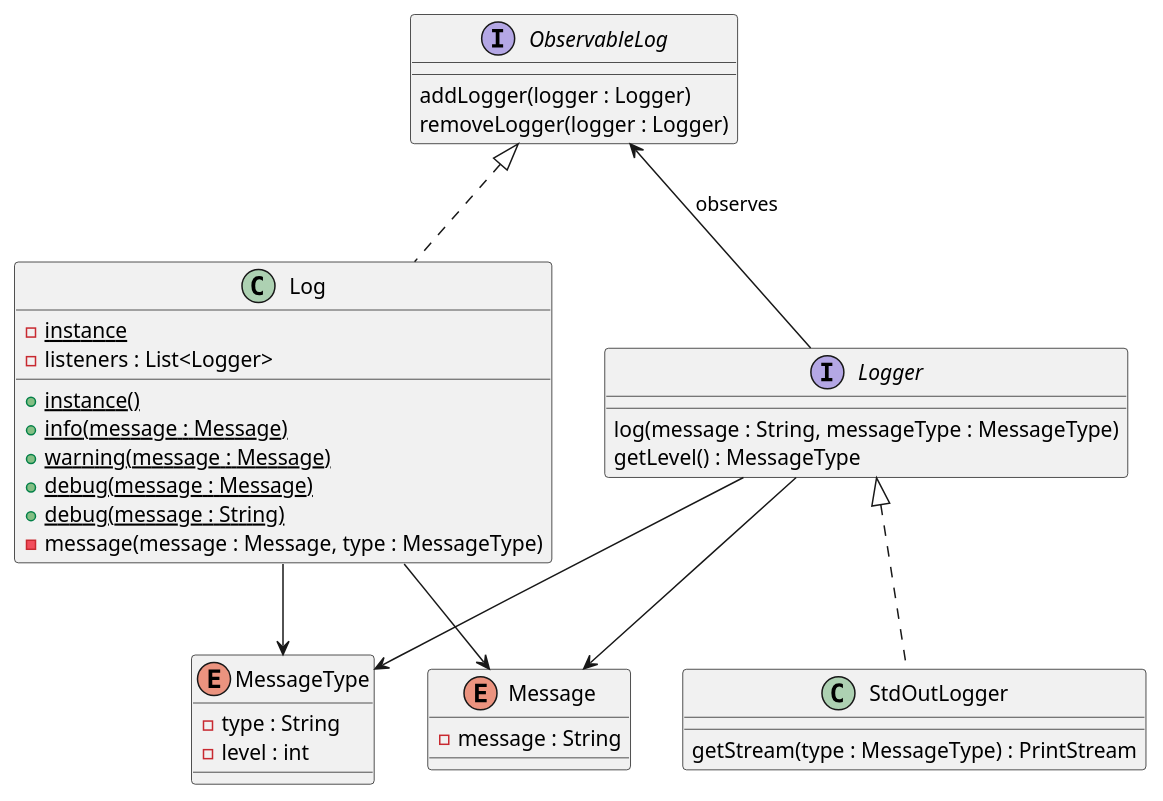
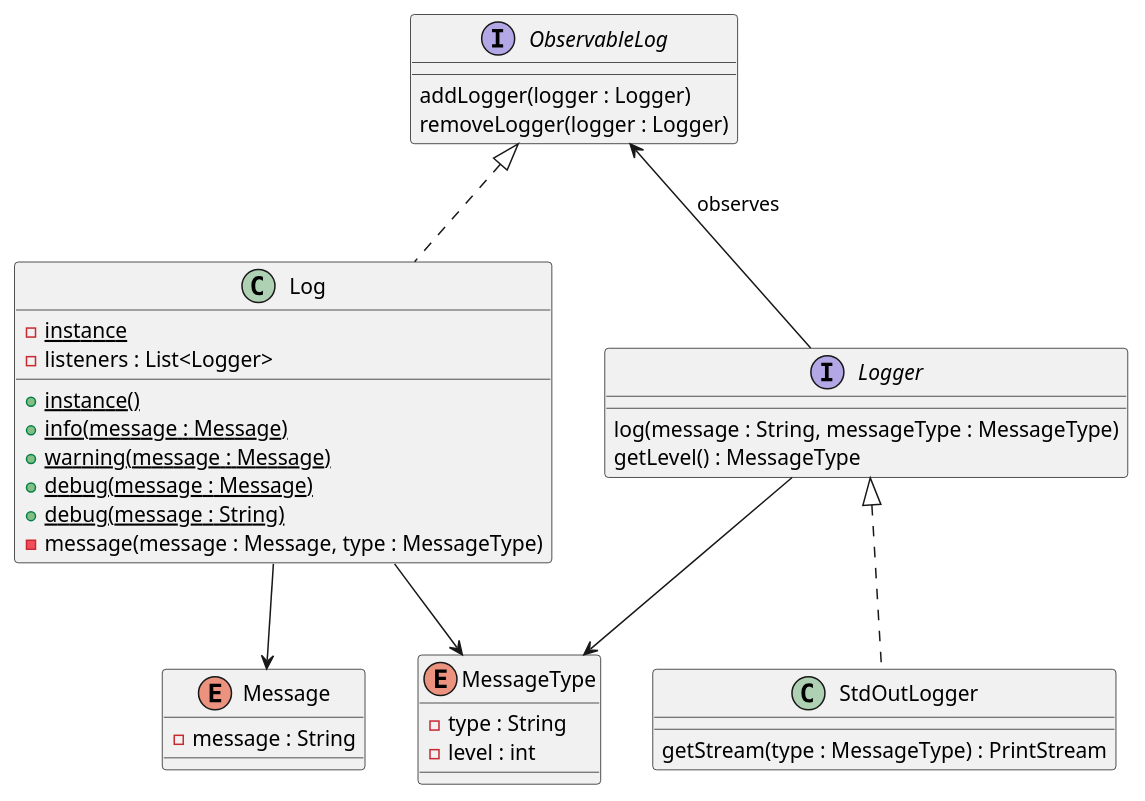
One commit to ProgrammingLife2015/geex changed the diagram in src/site/diagrams/geex-logger.puml. Above: the diagram before and after it, drawn with PlantUML.

Commit message:
Update diagram

```diff
--- a/src/site/diagrams/geex-logger.puml
+++ b/src/site/diagrams/geex-logger.puml
@@ -1,42 +1,41 @@
 @startuml
 
 interface ObservableLog {
     addLogger(logger : Logger)
     removeLogger(logger : Logger)
 }
 class Log implements ObservableLog {
     -{static}instance
     -listeners : List<Logger>
 
     +{static}instance()
     +{static}info(message : Message)
     +{static}warning(message : Message)
     +{static}debug(message : Message)
     +{static}debug(message : String)
     -message(message : Message, type : MessageType)
 }
 
 interface Logger {
     log(message : String, messageType : MessageType)
     getLevel() : MessageType
 }
 class StdOutLogger implements Logger {
     getStream(type : MessageType) : PrintStream
 }
 
 enum Message {
     -message : String
 }
 enum MessageType {
     -type : String
     -level : int
 }
 
-Logger --> Message
 Logger --> MessageType
 
 Log --> Message
 Log --> MessageType
 
 ObservableLog <-- Logger : observes
 @enduml
```
